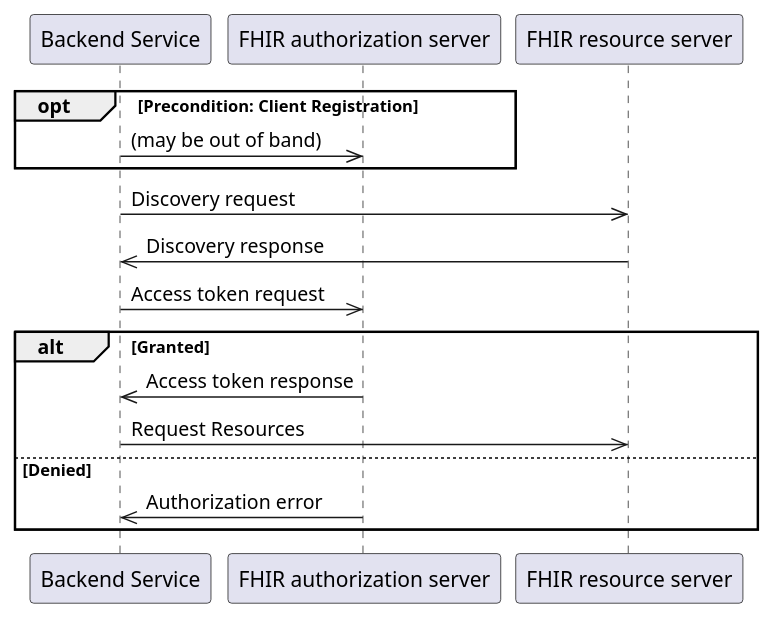
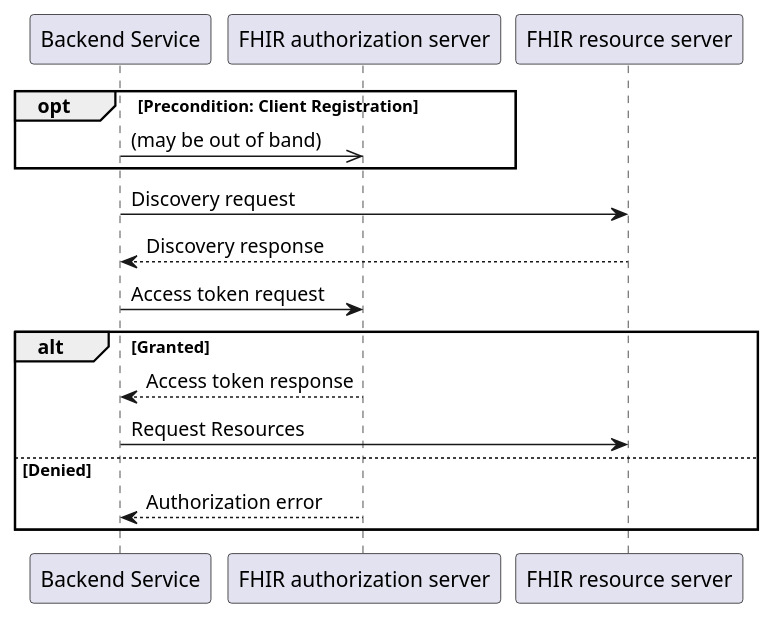
The diagram in input/images-source/overview-backend-services.plantuml (HL7/smart-app-launch), drawn with PlantUML before and after one commit. The commit also changed 1 other file, not shown here.

Commit message:
Fix sequence diagram with arrows and dashes

```diff
--- a/input/images-source/overview-backend-services.plantuml
+++ b/input/images-source/overview-backend-services.plantuml
@@ -1,18 +1,18 @@
 @startuml
 participant App as "Backend Service"
 participant "FHIR authorization server" as EHR
 participant "FHIR resource server" as FHIR
 
 opt  Precondition: Client Registration
     App ->> EHR: (may be out of band)
 end
-App ->> FHIR: Discovery request
-FHIR ->> App: Discovery response
-App ->> EHR: Access token request
+App -> FHIR: Discovery request
+FHIR --> App: Discovery response
+App -> EHR: Access token request
 alt Granted
-    EHR ->> App: Access token response
-    App ->> FHIR: Request Resources
+    EHR --> App: Access token response
+    App -> FHIR: Request Resources
 else Denied
-    EHR ->> App: Authorization error
+    EHR --> App: Authorization error
 end
 @enduml
```
